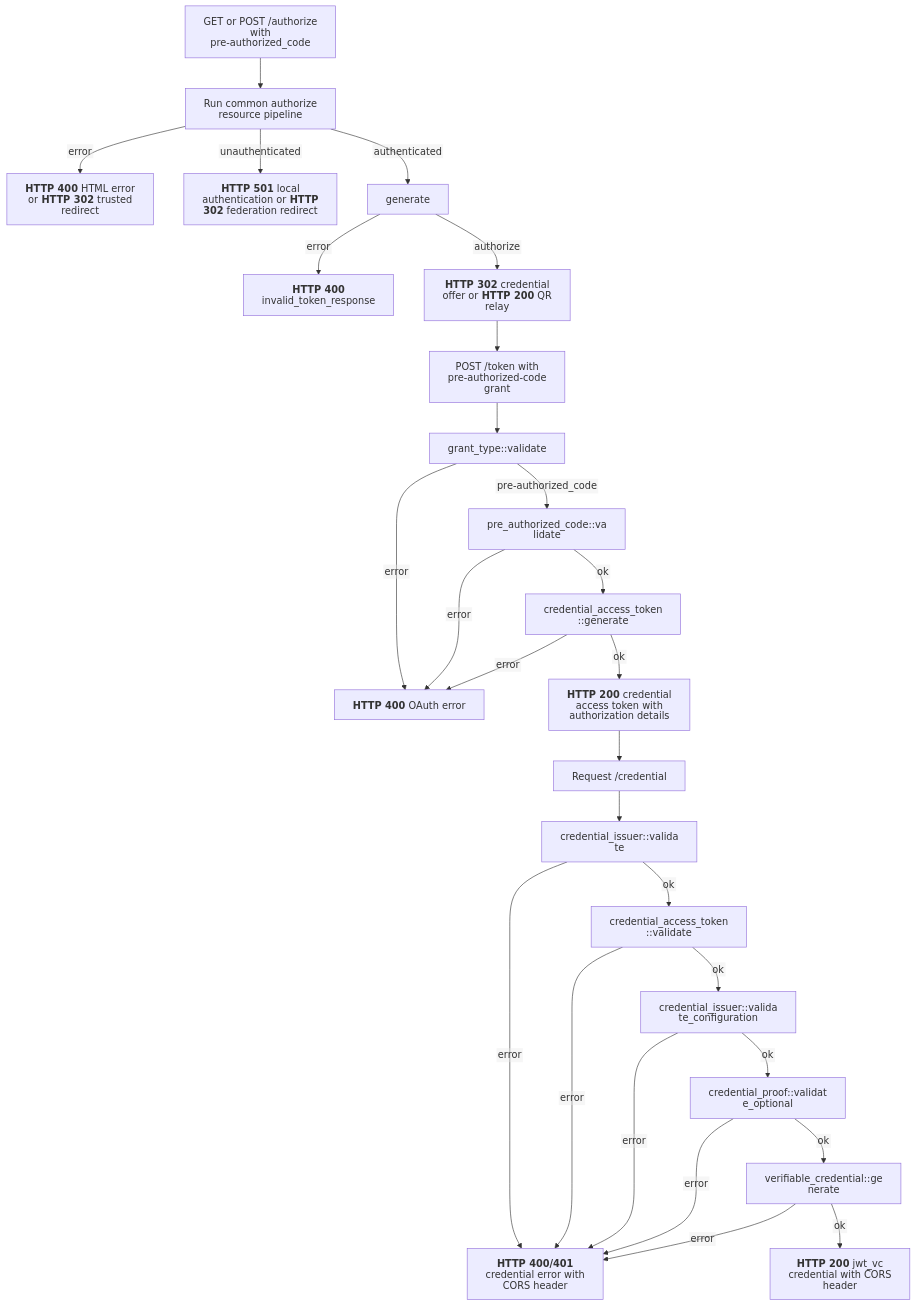
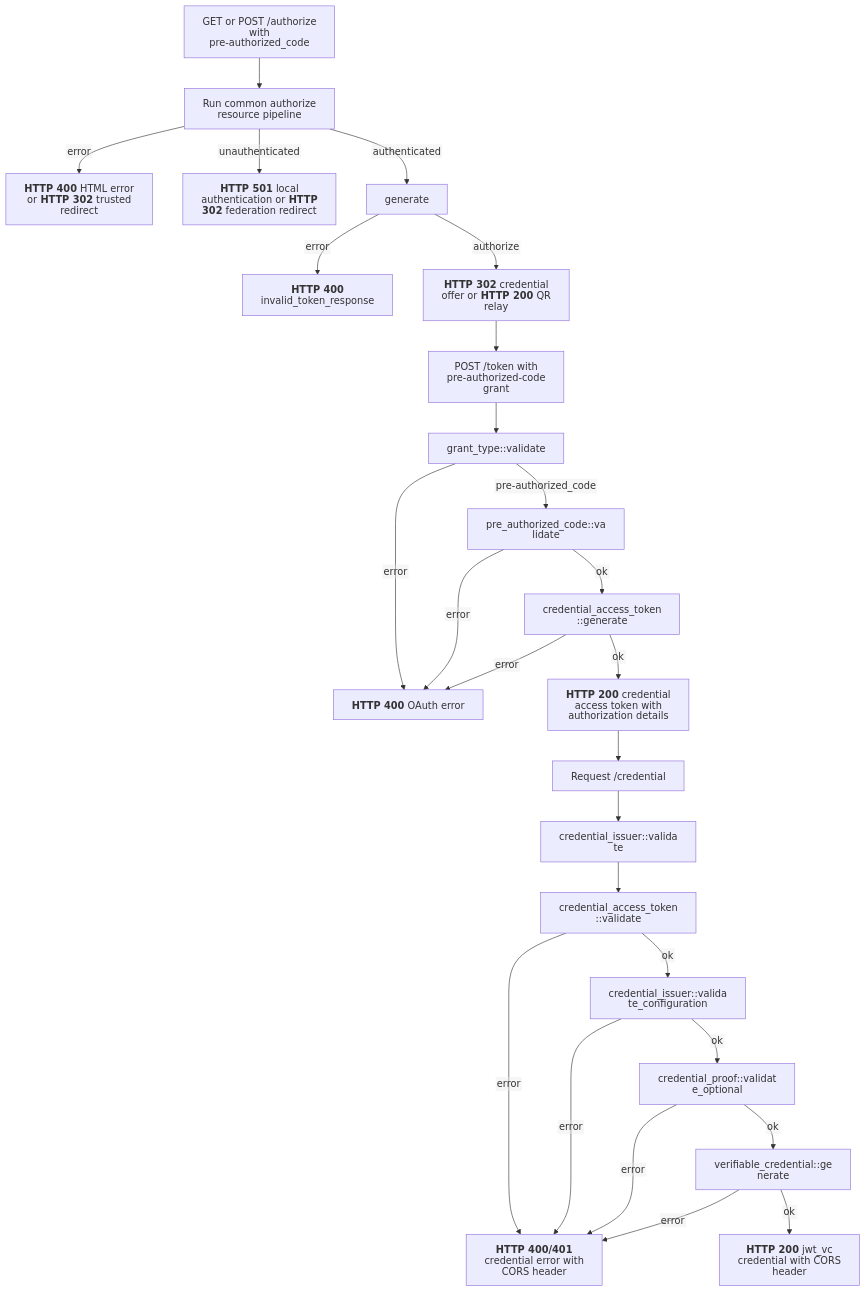
One commit to malach-it/kagome changed the diagram in docs/flows/openid4vci/pre_authorized_code.mmd. Above: the diagram before and after it, drawn with Mermaid. The commit also changed 23 other files, not shown here.

Commit message:
fix: use configured credential issuer

```diff
--- a/docs/flows/openid4vci/pre_authorized_code.mmd
+++ b/docs/flows/openid4vci/pre_authorized_code.mmd
@@ -1,28 +1,27 @@
 %%{init: {"htmlLabels": false, "flowchart": {"htmlLabels": false}}}%%
 flowchart TD
     authorize[GET or POST /authorize with pre-authorized_code] --> authorize_pipeline[Run common authorize resource pipeline]
     authorize_pipeline -- error --> authorize_error["`**HTTP 400** HTML error or **HTTP 302** trusted redirect`"]
     authorize_pipeline -- unauthenticated --> authentication["`**HTTP 501** local authentication or **HTTP 302** federation redirect`"]
     authorize_pipeline -- authenticated --> generate
     generate -- error --> generation_error["`**HTTP 400** invalid_token_response`"]
     generate -- authorize --> authorize_offer["`**HTTP 302** credential offer or **HTTP 200** QR relay`"]
     authorize_offer --> token[POST /token with pre-authorized-code grant]
     token --> grant["grant_type::validate"]
     grant -- error --> token_error["`**HTTP 400** OAuth error`"]
     grant -- pre-authorized_code --> code["pre_authorized_code::validate"]
     code -- error --> token_error
     code -- ok --> access["credential_access_token::generate"]
     access -- error --> token_error
     access -- ok --> token_success["`**HTTP 200** credential access token with authorization details`"]
     token_success --> credential_request[Request /credential]
     credential_request --> credential_issuer["credential_issuer::validate"]
-    credential_issuer -- error --> credential_error["`**HTTP 400/401** credential error with CORS header`"]
-    credential_issuer -- ok --> bearer["credential_access_token::validate"]
-    bearer -- error --> credential_error
+    credential_issuer --> bearer["credential_access_token::validate"]
+    bearer -- error --> credential_error["`**HTTP 400/401** credential error with CORS header`"]
     bearer -- ok --> configuration["credential_issuer::validate_configuration"]
     configuration -- error --> credential_error
     configuration -- ok --> proof["credential_proof::validate_optional"]
     proof -- error --> credential_error
     proof -- ok --> issue["verifiable_credential::generate"]
     issue -- error --> credential_error
     issue -- ok --> success["`**HTTP 200** jwt_vc credential with CORS header`"]
```
